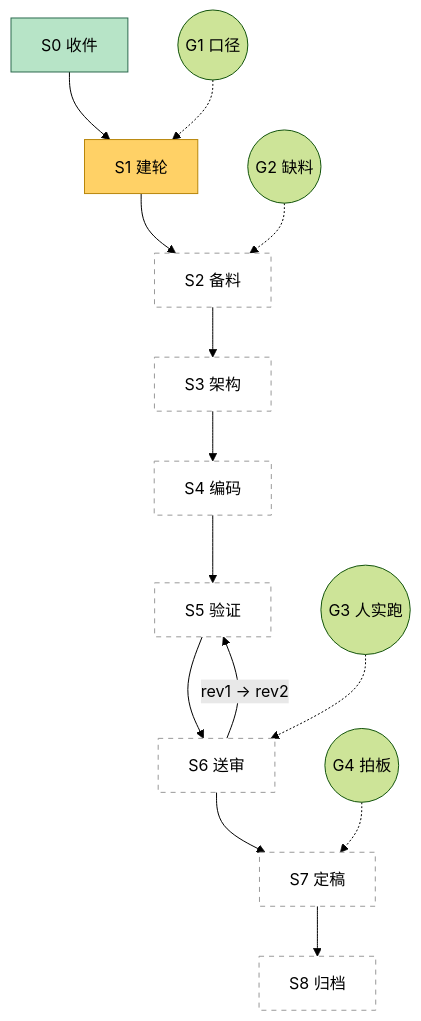
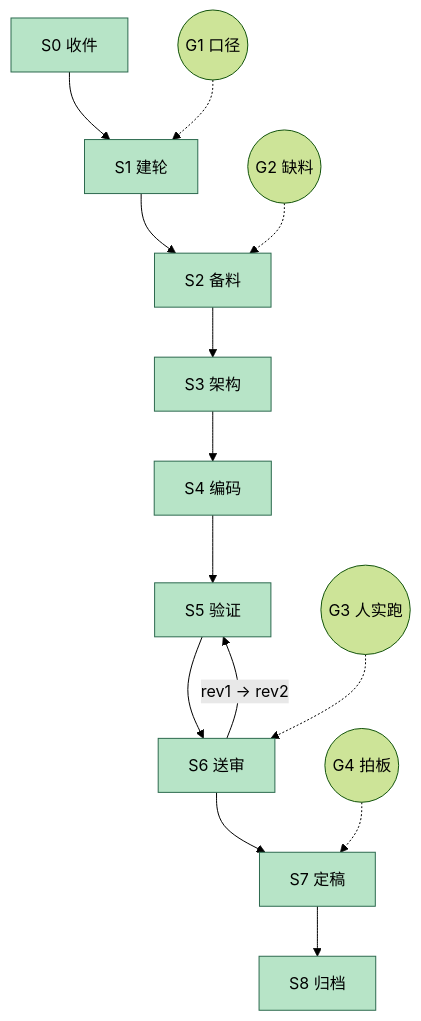
The second of 2 diagrams in loop/R3_91_progress.md (Lancelot726/jagent), drawn with Mermaid (forest theme) before and after one commit. The commit also changed other lines of this file and 7 other files, not shown here.

````diff
--- a/loop/R3_91_progress.md
+++ b/loop/R3_91_progress.md
@@ -24,25 +23,23 @@
 ```mermaid
 flowchart TD
     S0["S0 收件"] --> S1["S1 建轮"]
     S1 --> S2["S2 备料"]
     S2 --> S3["S3 架构"]
     S3 --> S4["S4 编码"]
     S4 --> S5["S5 验证"]
     S5 --> S6["S6 送审"]
     S6 -->|"rev1 → rev2"| S5
     S6 --> S7["S7 定稿"]
     S7 --> S8["S8 归档"]
 
     G1(("G1 口径")) -.-> S1
     G2(("G2 缺料")) -.-> S2
     G3(("G3 人实跑")) -.-> S6
     G4(("G4 拍板")) -.-> S7
 
     classDef done fill:#b7e4c7,stroke:#2d6a4f
     classDef cur fill:#ffd166,stroke:#b8860b
     classDef todo fill:white,stroke:#999,stroke-dasharray:5 5
 
-    class S0 done
-    class S1 cur
-    class S2,S3,S4,S5,S6,S7,S8 todo
+    class S0,S1,S2,S3,S4,S5,S6,S7,S8 done
 ```
````
